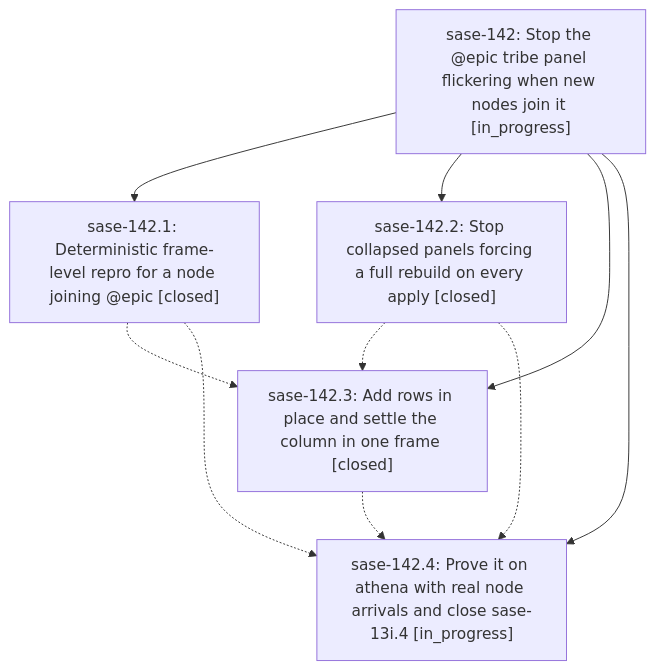
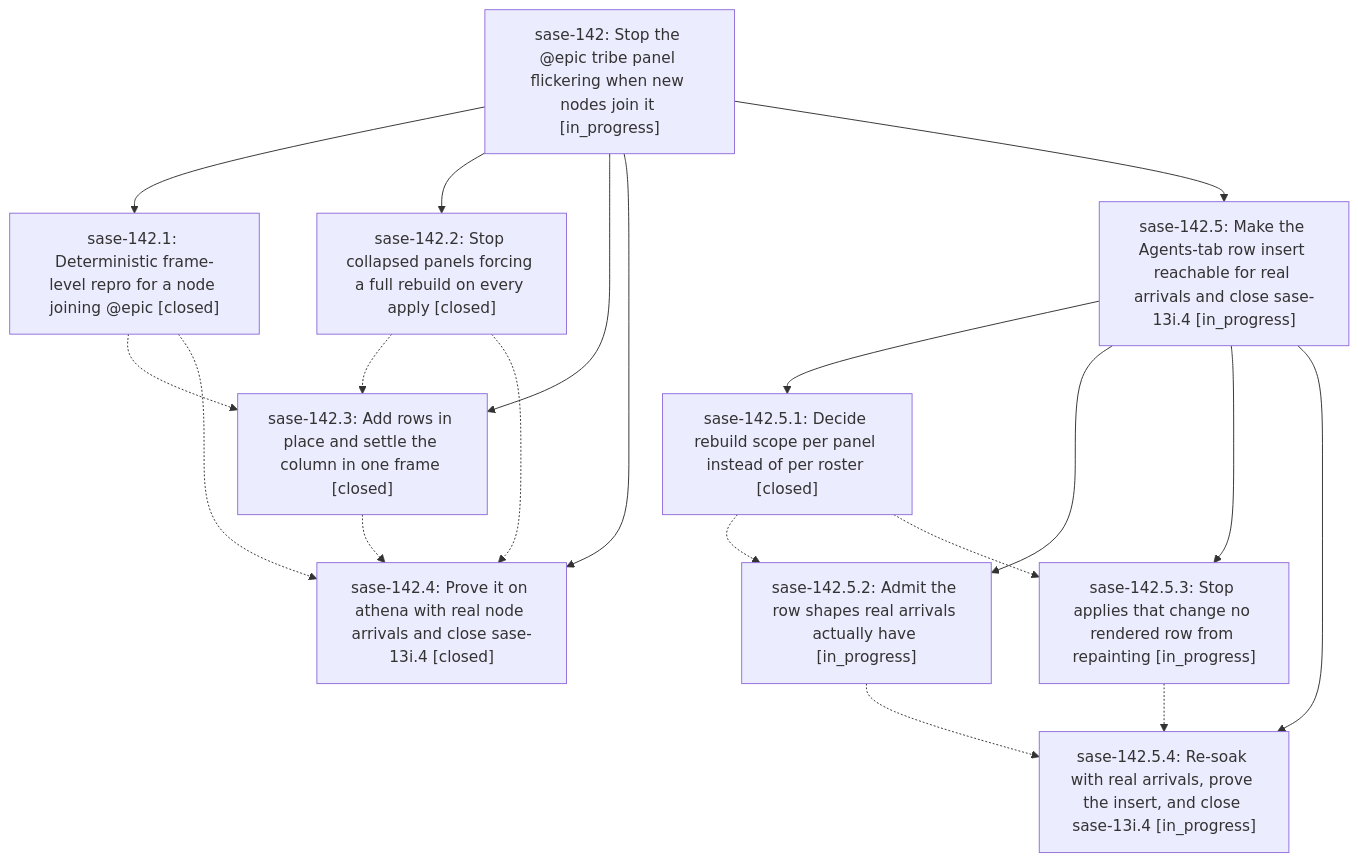
The diagram in pages/sase-142/README.md (sase-org/sase--beads), drawn with Mermaid before and after one commit. The commit also changed other lines of this file and 9 other files, not shown here.

````diff
--- a/pages/sase-142/README.md
+++ b/pages/sase-142/README.md
@@ -41,17 +127,31 @@
 ```mermaid
 flowchart TD
     n0["sase-142: Stop the @epic tribe panel flickering when new nodes join it [in_progress]"]
     n1["sase-142.1: Deterministic frame-level repro for a node joining @epic [closed]"]
     n2["sase-142.2: Stop collapsed panels forcing a full rebuild on every apply [closed]"]
     n3["sase-142.3: Add rows in place and settle the column in one frame [closed]"]
-    n4["sase-142.4: Prove it on athena with real node arrivals and close sase-13i.4 [in_progress]"]
+    n4["sase-142.4: Prove it on athena with real node arrivals and close sase-13i.4 [closed]"]
+    n5["sase-142.5: Make the Agents-tab row insert reachable for real arrivals and close sase-13i.4 [in_progress]"]
+    n6["sase-142.5.1: Decide rebuild scope per panel instead of per roster [closed]"]
+    n7["sase-142.5.2: Admit the row shapes real arrivals actually have [in_progress]"]
+    n8["sase-142.5.3: Stop applies that change no rendered row from repainting [in_progress]"]
+    n9["sase-142.5.4: Re-soak with real arrivals, prove the insert, and close sase-13i.4 [in_progress]"]
     n0 --> n1
     n0 --> n2
     n0 --> n3
     n0 --> n4
+    n0 --> n5
+    n5 --> n6
+    n5 --> n7
+    n5 --> n8
+    n5 --> n9
     n1 -.-> n3
     n1 -.-> n4
     n2 -.-> n3
     n2 -.-> n4
     n3 -.-> n4
+    n6 -.-> n7
+    n6 -.-> n8
+    n7 -.-> n9
+    n8 -.-> n9
 ```
````
